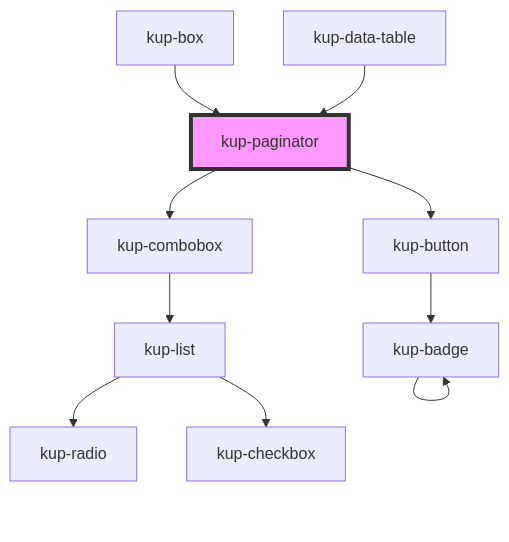
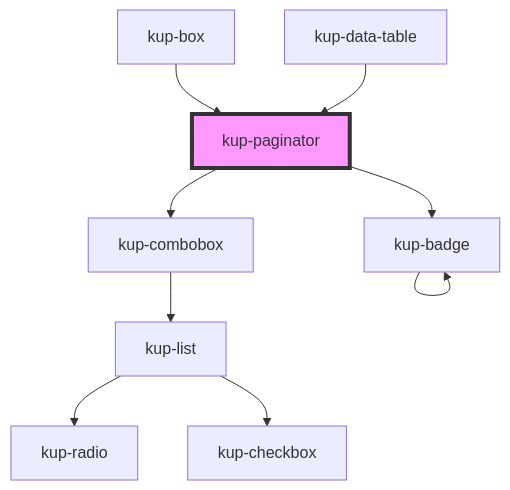
The diagram in packages/ketchup/src/components/kup-paginator/readme.md (smeup/ketchup), drawn with Mermaid before and after one commit. The commit also changed other lines of this file and 26 other files, not shown here.

Commit message:
Generic FComponent type. Replaced kup-button with FButton in paginator and data table column menu.

````diff
--- a/packages/ketchup/src/components/kup-paginator/readme.md
+++ b/packages/ketchup/src/components/kup-paginator/readme.md
@@ -40,13 +40,12 @@
 ```mermaid
 graph TD;
-  kup-paginator --> kup-button
   kup-paginator --> kup-combobox
-  kup-button --> kup-badge
-  kup-badge --> kup-badge
+  kup-paginator --> kup-badge
   kup-combobox --> kup-list
   kup-list --> kup-radio
   kup-list --> kup-checkbox
+  kup-badge --> kup-badge
   kup-box --> kup-paginator
   kup-data-table --> kup-paginator
   style kup-paginator fill:#f9f,stroke:#333,stroke-width:4px
 ```
````
